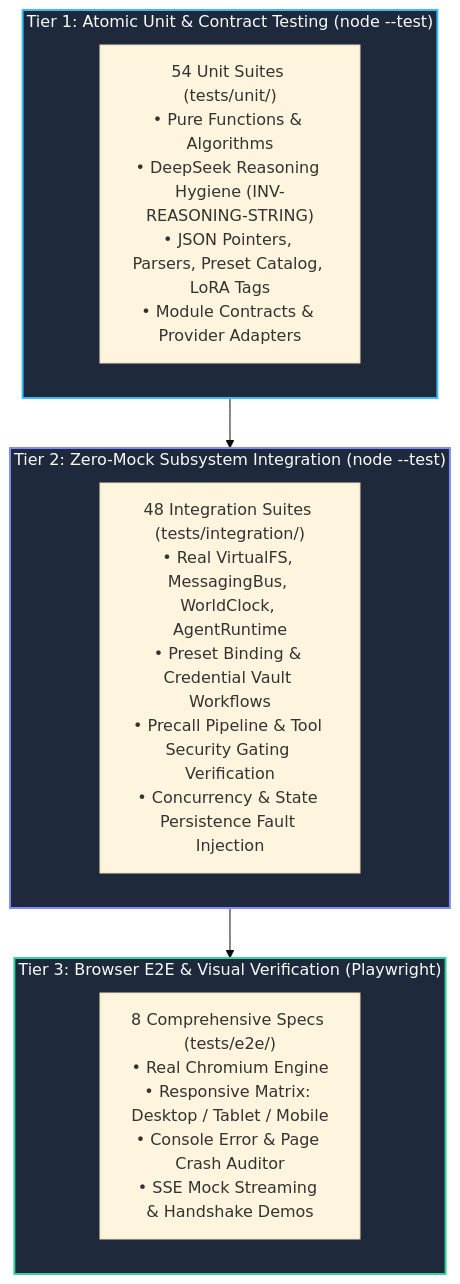
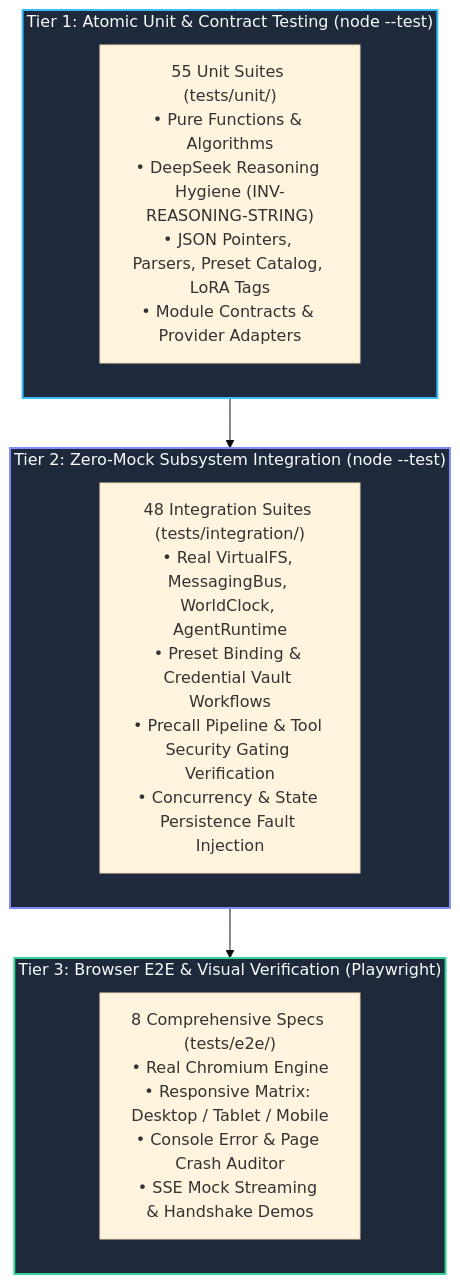
The first of 3 diagrams in docs/testing/testing_strategy.md (crestfallnafterdark/nightcurtain), drawn with Mermaid (base theme) before and after one commit. The commit also changed other lines of this file and 4 other files, not shown here.

````diff
--- a/docs/testing/testing_strategy.md
+++ b/docs/testing/testing_strategy.md
@@ -15,24 +15,24 @@
 ```mermaid
 graph TD
     subgraph L3["Tier 3: Browser E2E & Visual Verification (Playwright)"]
         E2E["8 Comprehensive Specs (tests/e2e/)<br/>• Real Chromium Engine<br/>• Responsive Matrix: Desktop / Tablet / Mobile<br/>• Console Error & Page Crash Auditor<br/>• SSE Mock Streaming & Handshake Demos"]
     end
 
     subgraph L2["Tier 2: Zero-Mock Subsystem Integration (node --test)"]
         INT["48 Integration Suites (tests/integration/)<br/>• Real VirtualFS, MessagingBus, WorldClock, AgentRuntime<br/>• Preset Binding & Credential Vault Workflows<br/>• Precall Pipeline & Tool Security Gating Verification<br/>• Concurrency & State Persistence Fault Injection"]
     end
 
     subgraph L1["Tier 1: Atomic Unit & Contract Testing (node --test)"]
-        UNIT["54 Unit Suites (tests/unit/)<br/>• Pure Functions & Algorithms<br/>• DeepSeek Reasoning Hygiene (INV-REASONING-STRING)<br/>• JSON Pointers, Parsers, Preset Catalog, LoRA Tags<br/>• Module Contracts & Provider Adapters"]
+        UNIT["55 Unit Suites (tests/unit/)<br/>• Pure Functions & Algorithms<br/>• DeepSeek Reasoning Hygiene (INV-REASONING-STRING)<br/>• JSON Pointers, Parsers, Preset Catalog, LoRA Tags<br/>• Module Contracts & Provider Adapters"]
     end
 
     L1 --> L2
     L2 --> L3
 
     classDef l1 fill:#1e293b,stroke:#38bdf8,stroke-width:2px,color:#f8fafc;
     classDef l2 fill:#1e293b,stroke:#818cf8,stroke-width:2px,color:#f8fafc;
     classDef l3 fill:#1e293b,stroke:#34d399,stroke-width:2px,color:#f8fafc;
     class L1 l1;
     class L2 l2;
     class L3 l3;
 ```
````
